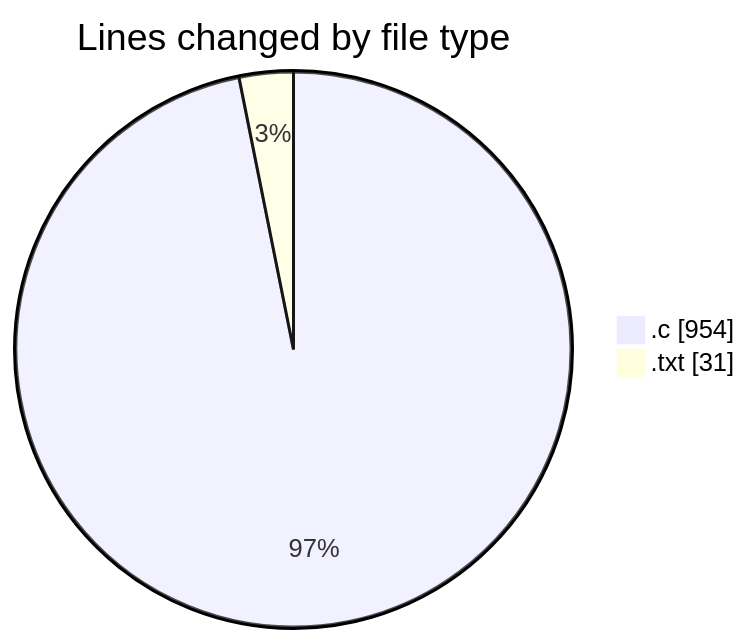
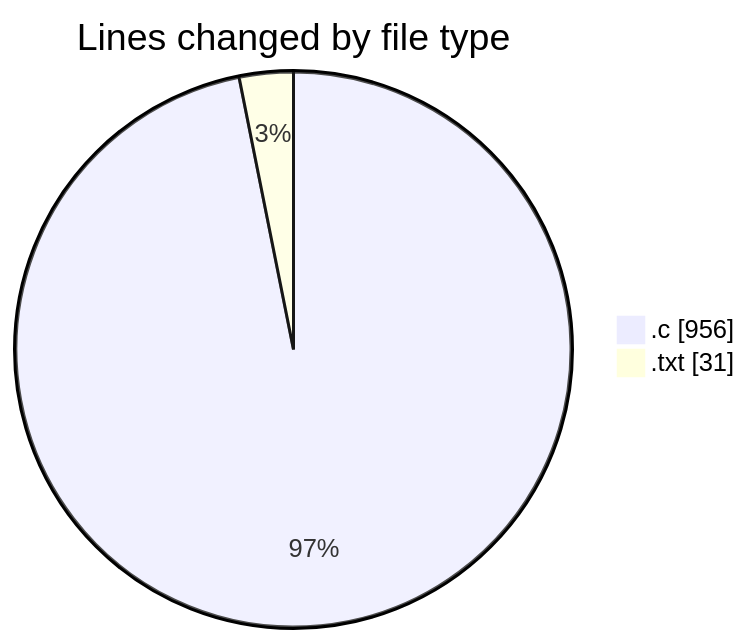
Before and after one commit to Ritupan-Deka/code-tracking: the first of 2 diagrams in 2025-01-26/search/README.md, drawn with Mermaid. The commit also changed other lines of this file and 1 other file, not shown here.

````diff
--- a/2025-01-26/search/README.md
+++ b/2025-01-26/search/README.md
@@ -22,6 +22,6 @@
 ```mermaid
 pie showData
 title Lines changed by file type
-".c" : 954
+".c" : 956
 ".txt" : 31
 ```
````
